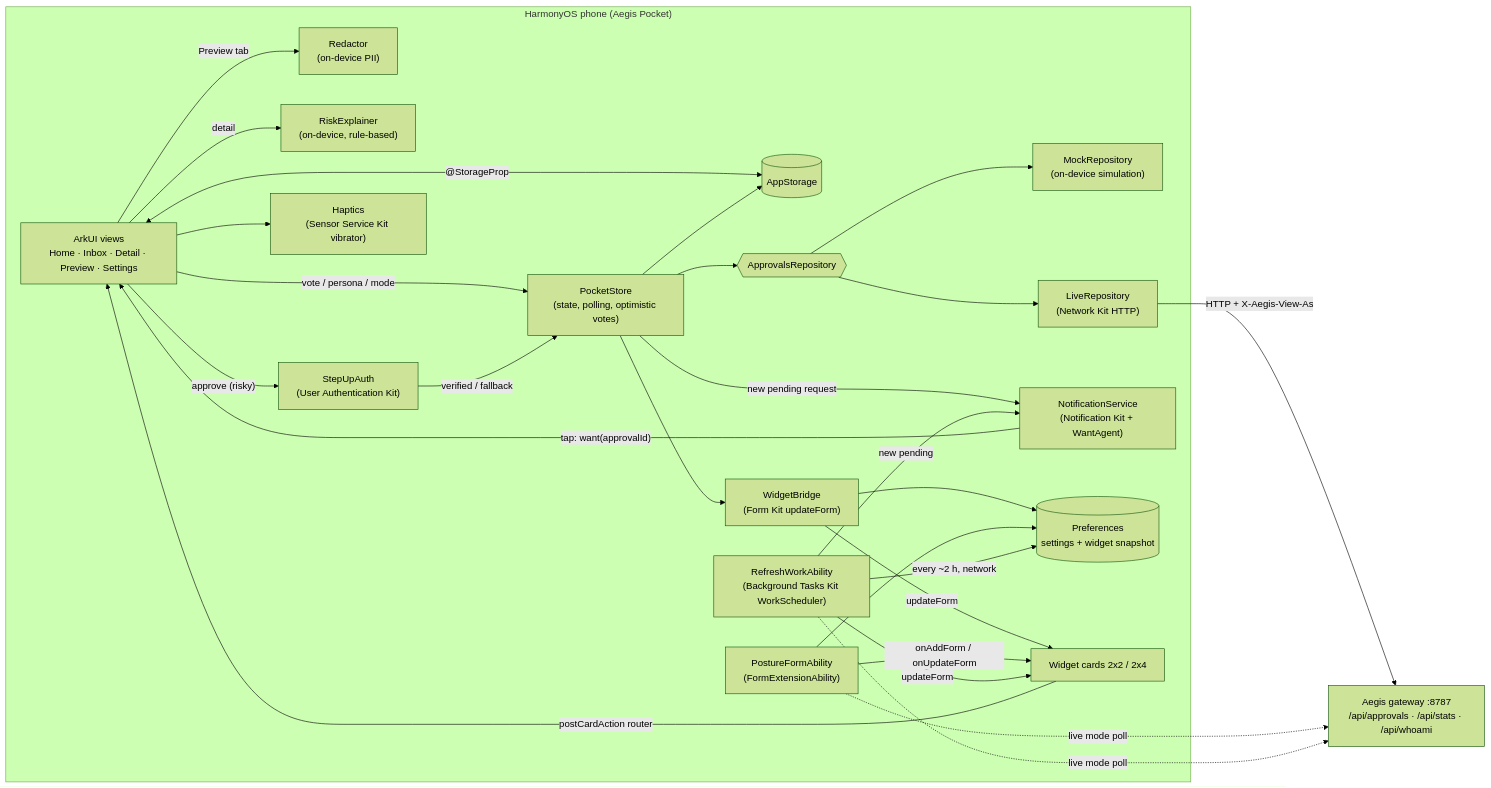
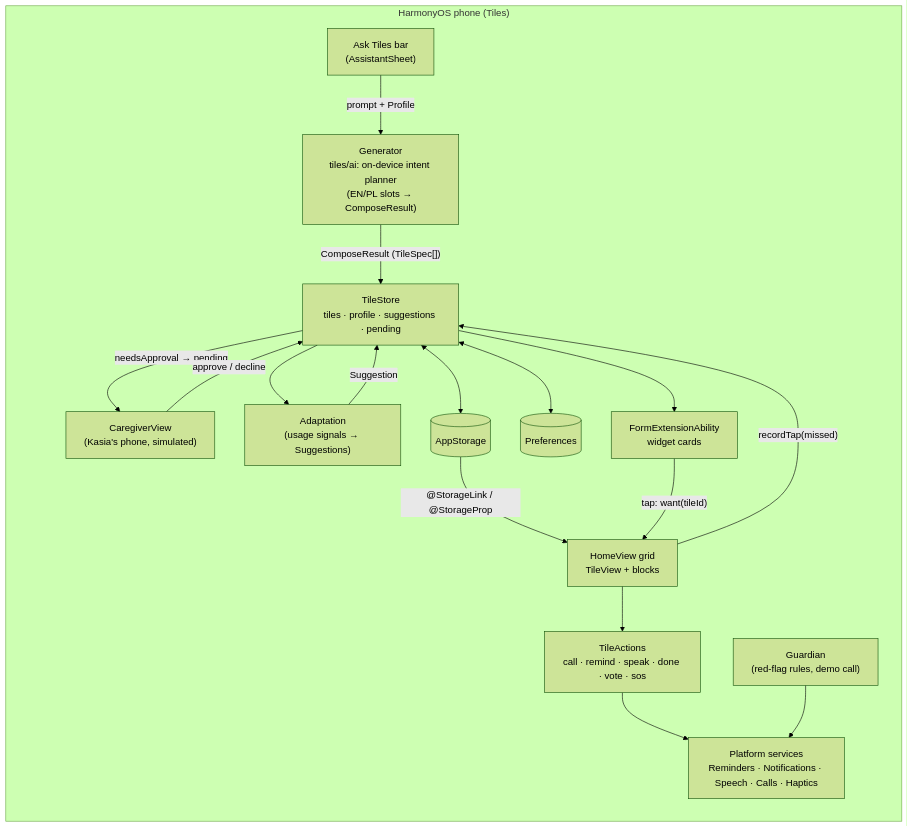
The diagram in README.md (JustAnotherDevv/tiles-hackyeah-2026), drawn with Mermaid (forest theme) before and after one commit. The commit also changed other lines of this file and 85 other files, not shown here.

First line of the commit message:
Pivot Huawei app to Tiles: generative-UI adaptive home + AI assistant (WIP)

````diff
--- a/README.md
+++ b/README.md
@@ -379,48 +390,32 @@
 ```mermaid
 flowchart LR
-  subgraph Phone["HarmonyOS phone (Aegis Pocket)"]
-    UI["ArkUI views<br/>Home · Inbox · Detail · Preview · Settings"]
-    Store["PocketStore<br/>(state, polling, optimistic votes)"]
+  subgraph Phone["HarmonyOS phone (Tiles)"]
+    Ask["Ask Tiles bar<br/>(AssistantSheet)"]
+    Comp["Generator<br/>tiles/ai: on-device intent planner<br/>(EN/PL slots → ComposeResult)"]
+    Adapt["Adaptation<br/>(usage signals → Suggestions)"]
+    Guard["Guardian<br/>(red-flag rules, demo call)"]
+    Store["TileStore<br/>tiles · profile · suggestions · pending"]
     AS[("AppStorage")]
-    Repo{{"ApprovalsRepository"}}
-    Mock["MockRepository<br/>(on-device simulation)"]
-    Live["LiveRepository<br/>(Network Kit HTTP)"]
-    Notif["NotificationService<br/>(Notification Kit + WantAgent)"]
-    WB["WidgetBridge<br/>(Form Kit updateForm)"]
-    Prefs[("Preferences<br/>settings + widget snapshot")]
-    FEA["PostureFormAbility<br/>(FormExtensionAbility)"]
-    Cards["Widget cards 2x2 / 2x4"]
-    Red["Redactor<br/>(on-device PII)"]
-    Risk["RiskExplainer<br/>(on-device, rule-based)"]
-    Auth["StepUpAuth<br/>(User Authentication Kit)"]
-    Hap["Haptics<br/>(Sensor Service Kit vibrator)"]
-    WS["RefreshWorkAbility<br/>(Background Tasks Kit WorkScheduler)"]
+    Prefs[("Preferences")]
+    Home["HomeView grid<br/>TileView + blocks"]
+    Care["CaregiverView<br/>(Kasia's phone, simulated)"]
+    Act["TileActions<br/>call · remind · speak · done · vote · sos"]
+    Plat["Platform services<br/>Reminders · Notifications · Speech · Calls · Haptics"]
+    Form["FormExtensionAbility<br/>widget cards"]
   end
-  GW["Aegis gateway :8787<br/>/api/approvals · /api/stats · /api/whoami"]
-
-  UI <-- "@StorageProp" --> AS
-  Store --> AS
-  UI -- "vote / persona / mode" --> Store
-  Store --> Repo
-  Repo --> Mock
-  Repo --> Live
-  Live -- "HTTP + X-Aegis-View-As" --> GW
-  Store -- "new pending request" --> Notif
-  Notif -- "tap: want(approvalId)" --> UI
-  Store --> WB
-  WB --> Prefs
-  WB -- "updateForm" --> Cards
-  FEA -- "onAddForm / onUpdateForm" --> Cards
-  FEA --> Prefs
-  FEA -. "live mode poll" .-> GW
-  Cards -- "postCardAction router" --> UI
-  UI -- "Preview tab" --> Red
-  UI -- "detail" --> Risk
-  UI -- "approve (risky)" --> Auth
-  Auth -- "verified / fallback" --> Store
-  UI --> Hap
-  WS -- "every ~2 h, network" --> Prefs
-  WS -. "live mode poll" .-> GW
-  WS -- "updateForm" --> Cards
-  WS -- "new pending" --> Notif
+  Ask -- prompt + Profile --> Comp
+  Comp -- "ComposeResult (TileSpec[])" --> Store
+  Store -- "needsApproval → pending" --> Care
+  Care -- "approve / decline" --> Store
+  Home -- "recordTap(missed)" --> Store
+  Store --> Adapt
+  Adapt -- Suggestion --> Store
+  Store <--> AS
+  Store <--> Prefs
+  AS -- "@StorageLink / @StorageProp" --> Home
+  Home --> Act
+  Act --> Plat
+  Guard --> Plat
+  Store --> Form
+  Form -- "tap: want(tileId)" --> Home
 ```
````
